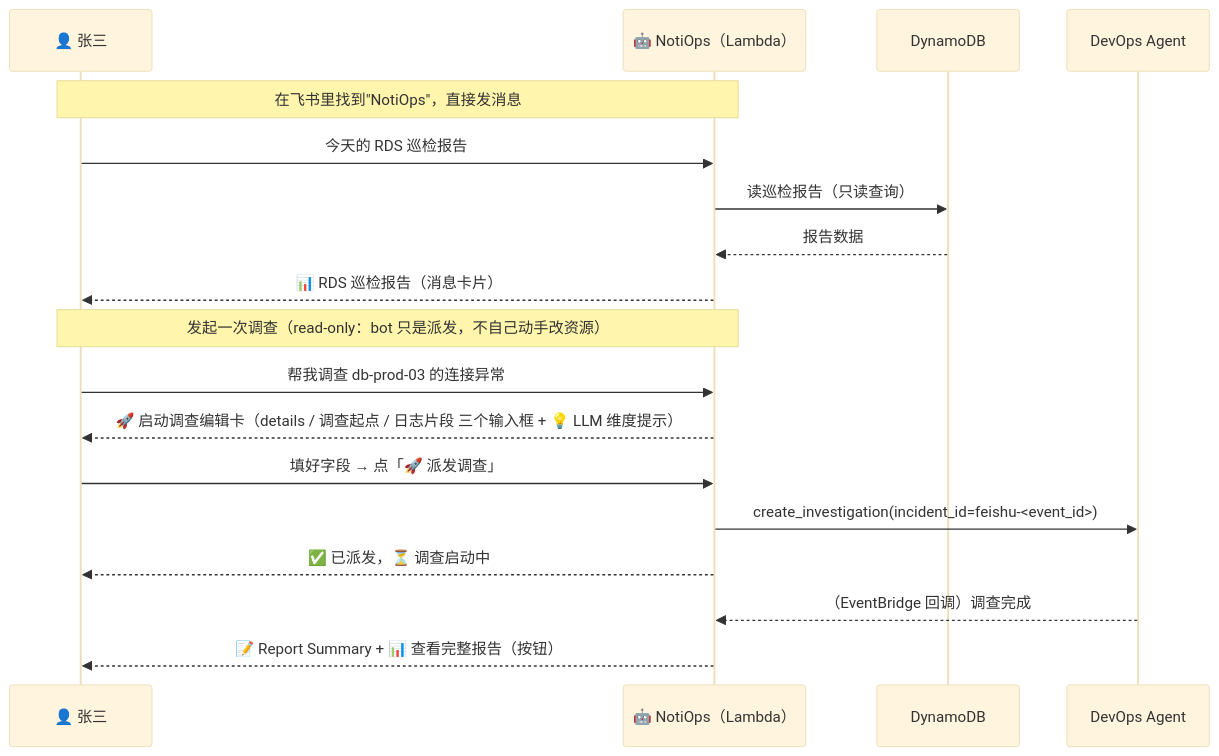
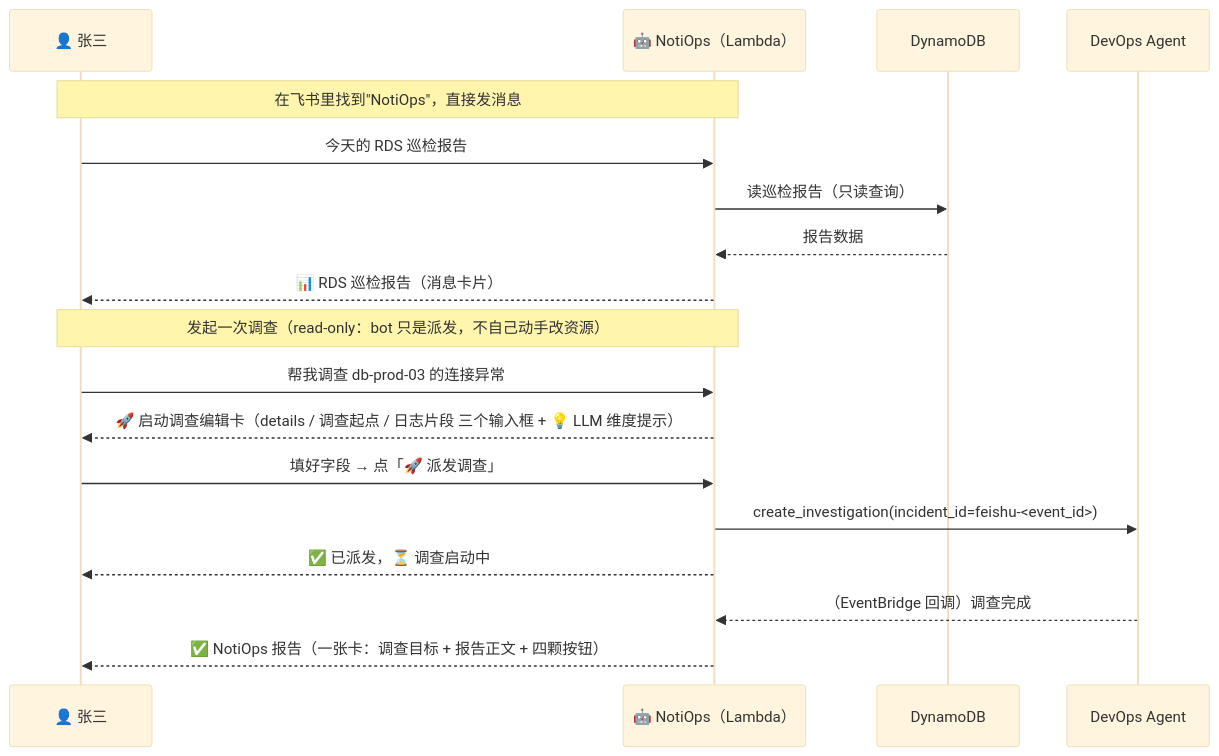
The second of 6 diagrams in docs/im-bot-interaction.md (aws-samples/sample-notiops), drawn with Mermaid (base theme) before and after one commit. The commit also changed other lines of this file and 33 other files, not shown here.

First line of the commit message:
release: NotiOps v1.0.22

````diff
--- a/docs/im-bot-interaction.md
+++ b/docs/im-bot-interaction.md
@@ -55,22 +55,22 @@
 ```mermaid
 sequenceDiagram
     participant User as 👤 张三
     participant Bot as 🤖 NotiOps（Lambda）
     participant DDB as DynamoDB
     participant Agent as DevOps Agent
 
     Note over User,Bot: 在飞书里找到"NotiOps"，直接发消息
     User->>Bot: 今天的 RDS 巡检报告
     Bot->>DDB: 读巡检报告（只读查询）
     DDB-->>Bot: 报告数据
     Bot-->>User: 📊 RDS 巡检报告（消息卡片）
 
     Note over User,Bot: 发起一次调查（read-only：bot 只是派发，不自己动手改资源）
     User->>Bot: 帮我调查 db-prod-03 的连接异常
     Bot-->>User: 🚀 启动调查编辑卡（details / 调查起点 / 日志片段 三个输入框 + 💡 LLM 维度提示）
     User->>Bot: 填好字段 → 点「🚀 派发调查」
     Bot->>Agent: create_investigation(incident_id=feishu-<event_id>)
     Bot-->>User: ✅ 已派发，⏳ 调查启动中
     Agent-->>Bot: （EventBridge 回调）调查完成
-    Bot-->>User: 📝 Report Summary + 📊 查看完整报告（按钮）
+    Bot-->>User: ✅ NotiOps 报告（一张卡：调查目标 + 报告正文 + 四颗按钮）
 ```
````
